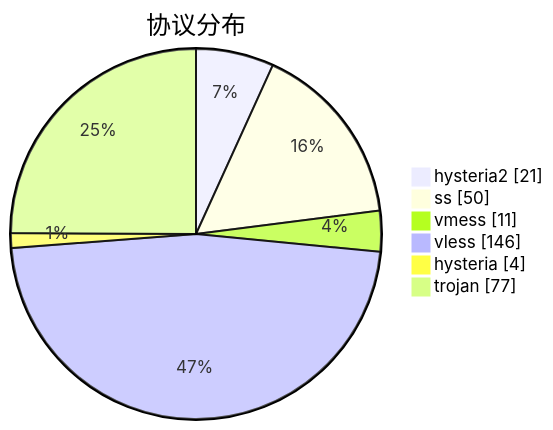
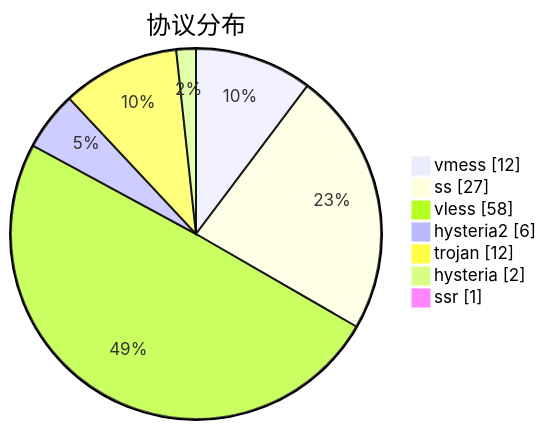
Before and after one commit to sinspired/airport: the third of 3 diagrams in subs/statistics/tested_within.md, drawn with Mermaid. The commit also changed other lines of this file and 2 other files, not shown here.

````diff
--- a/subs/statistics/tested_within.md
+++ b/subs/statistics/tested_within.md
@@ -49,10 +33,11 @@
 ```mermaid
 pie showData
 title 协议分布
-"hysteria2" : 21
-"ss" : 50
-"vmess" : 11
-"vless" : 146
-"hysteria" : 4
-"trojan" : 77
+"vmess" : 12
+"ss" : 27
+"vless" : 58
+"hysteria2" : 6
+"trojan" : 12
+"hysteria" : 2
+"ssr" : 1
 ```
````
